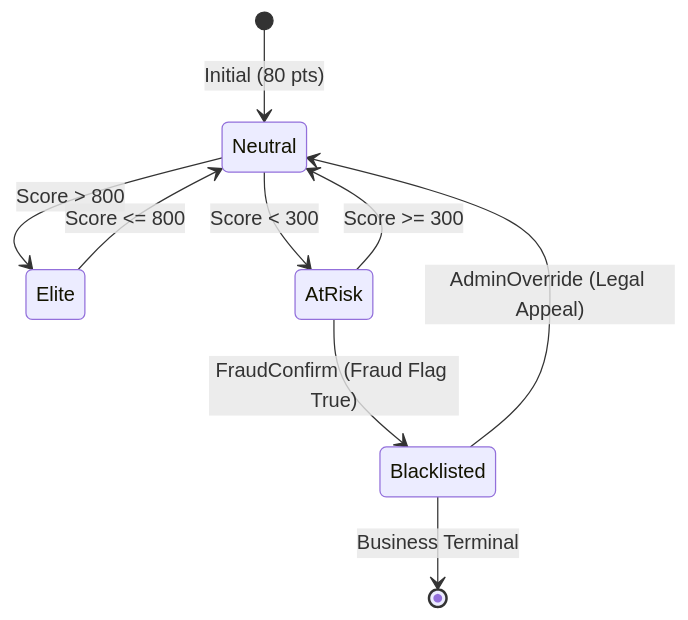
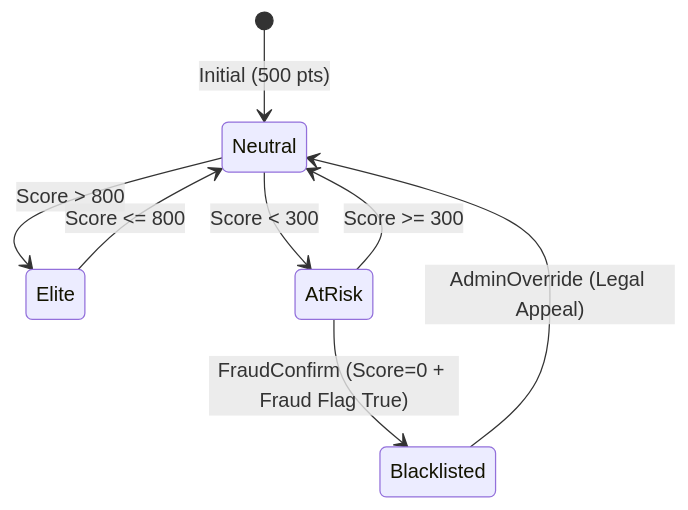
One commit to JheyssonD/AVAL.API changed the third of 4 diagrams in docs/002. State Machine Specification.md. Above: the diagram before and after it, drawn with Mermaid. The commit also changed other lines of this file and 24 other files, not shown here.

````diff
--- a/docs/002. State Machine Specification.md
+++ b/docs/002. State Machine Specification.md
@@ -67,11 +84,10 @@
 ```mermaid
 stateDiagram-v2
-    [*] --> Neutral: Initial (80 pts)
+    [*] --> Neutral: Initial (500 pts)
     Neutral --> Elite: Score > 800
     Elite --> Neutral: Score <= 800
     Neutral --> AtRisk: Score < 300
     AtRisk --> Neutral: Score >= 300
-    AtRisk --> Blacklisted: FraudConfirm (Fraud Flag True)
+    AtRisk --> Blacklisted: FraudConfirm (Score=0 + Fraud Flag True)
     Blacklisted --> Neutral: AdminOverride (Legal Appeal)
-    Blacklisted --> [*]: Business Terminal
 ```
````
